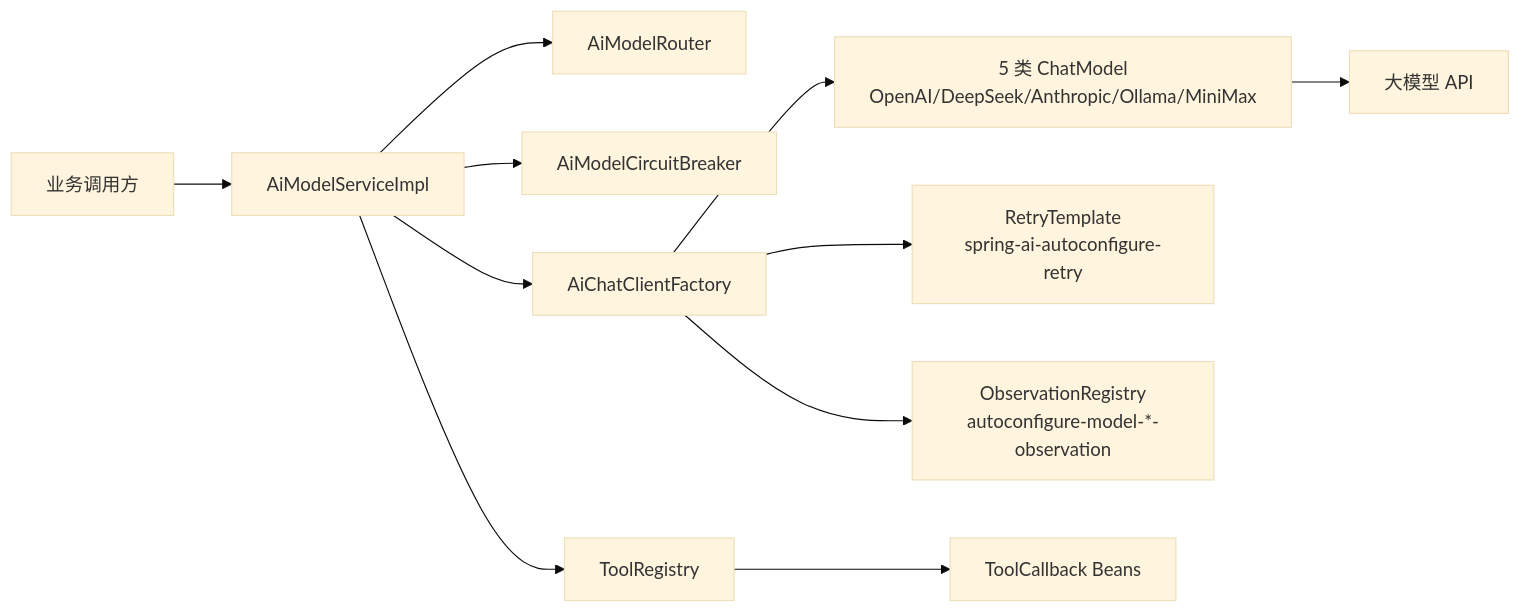
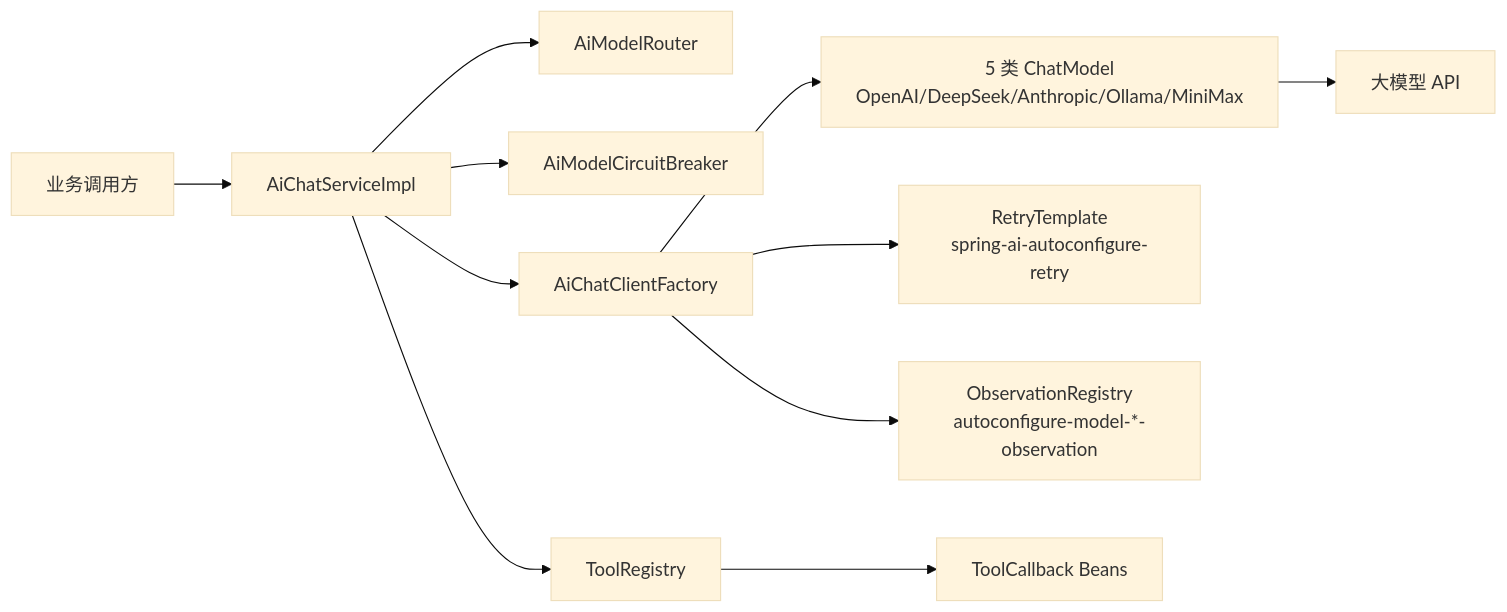
The first of 27 diagrams in atlas-richie-component/atlas-richie-component-ai/README.zh.md (richie696/atlas-richie-platform), drawn with Mermaid (base theme) before and after one commit. The commit also changed other lines of this file and 241 other files, not shown here.

````diff
--- a/atlas-richie-component/atlas-richie-component-ai/README.zh.md
+++ b/atlas-richie-component/atlas-richie-component-ai/README.zh.md
@@ -545,13 +895,13 @@
 ```mermaid
 graph LR
-    Caller[业务调用方] --> Service[AiModelServiceImpl]
+    Caller[业务调用方] --> Service[AiChatServiceImpl]
     Service --> Router[AiModelRouter]
     Service --> CB[AiModelCircuitBreaker]
     Service --> ToolReg[ToolRegistry]
     Service --> Factory[AiChatClientFactory]
     Factory --> Models[5 类 ChatModel<br/>OpenAI/DeepSeek/Anthropic/Ollama/MiniMax]
     Factory --> Retry[RetryTemplate<br/>spring-ai-autoconfigure-retry]
     Factory --> Obs[ObservationRegistry<br/>autoconfigure-model-*-observation]
     Models --> LLM[大模型 API]
     ToolReg --> Tools[ToolCallback Beans]
 ```
````
